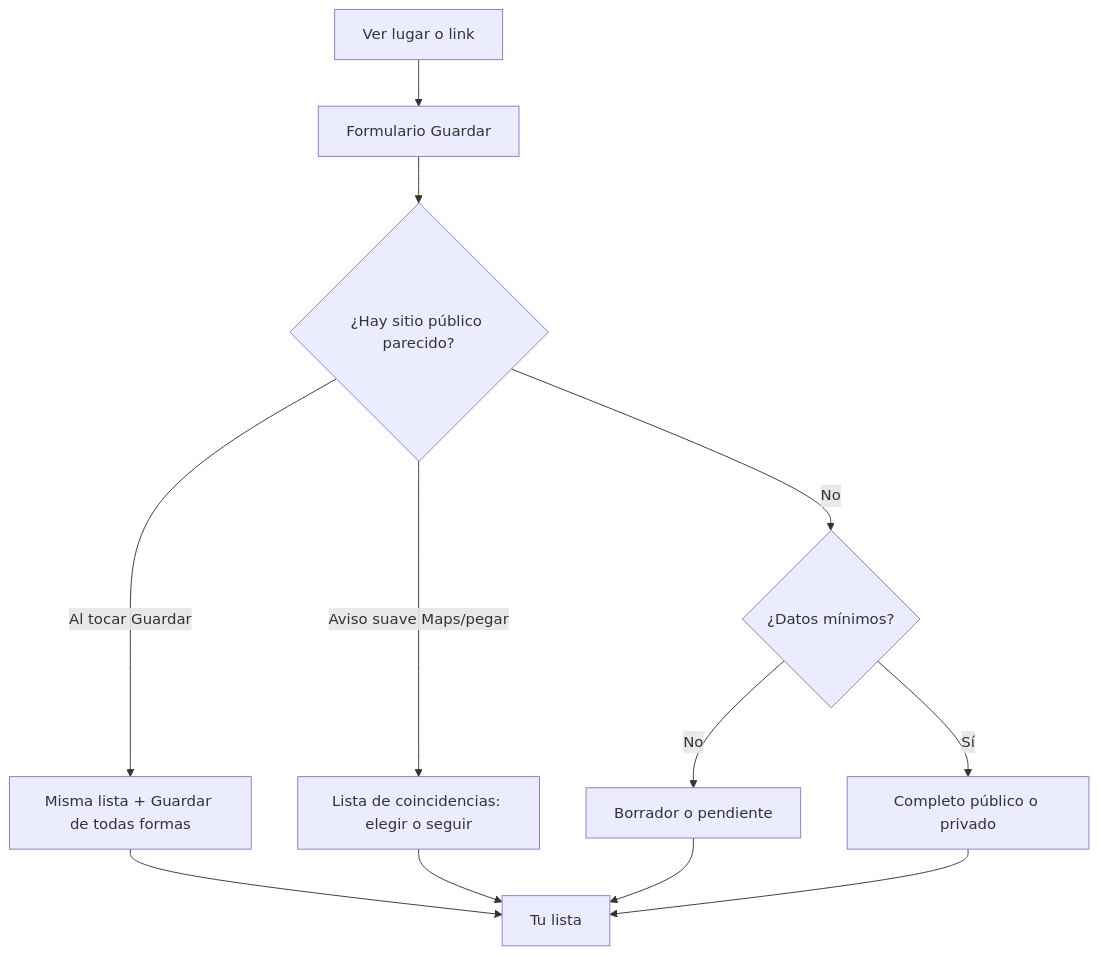
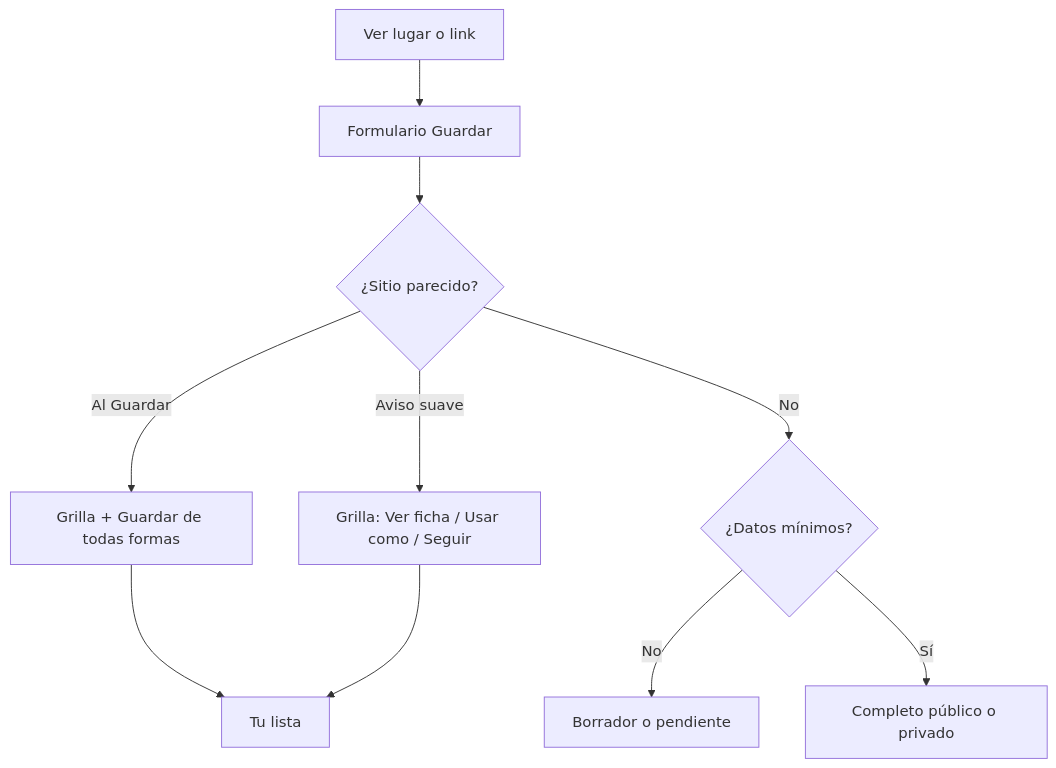
Before and after one commit to johntibagan/chevere_plan: the second of 3 diagrams in docs/aplicacion-actual.md, drawn with Mermaid. The commit also changed other lines of this file and 3 other files, not shown here.

````diff
--- a/docs/aplicacion-actual.md
+++ b/docs/aplicacion-actual.md
@@ -102,14 +106,12 @@
 ```mermaid
 flowchart TD
   A[Ver lugar o link] --> B[Formulario Guardar]
-  B --> C{¿Hay sitio público parecido?}
-  C -->|Aviso suave Maps/pegar| D[Lista de coincidencias: elegir o seguir]
-  C -->|Al tocar Guardar| E[Misma lista + Guardar de todas formas]
+  B --> C{¿Sitio parecido?}
+  C -->|Aviso suave| D[Grilla: Ver ficha / Usar como / Seguir]
+  C -->|Al Guardar| E[Grilla + Guardar de todas formas]
   E --> F[Tu lista]
   D --> F
   C -->|No| G{¿Datos mínimos?}
   G -->|No| H[Borrador o pendiente]
   G -->|Sí| I[Completo público o privado]
-  H --> F
-  I --> F
 ```
````
